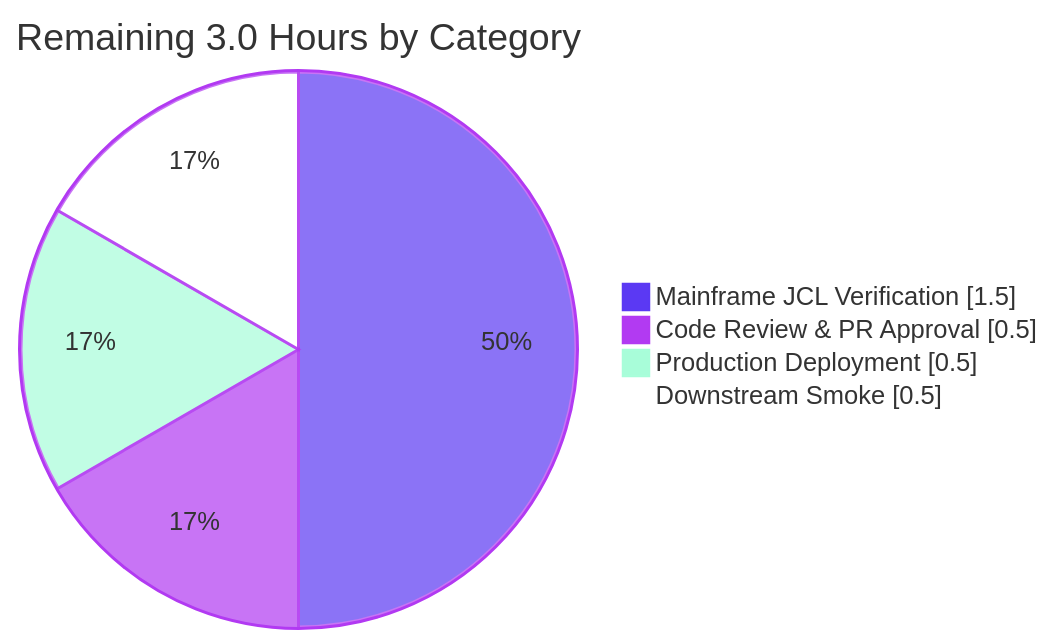
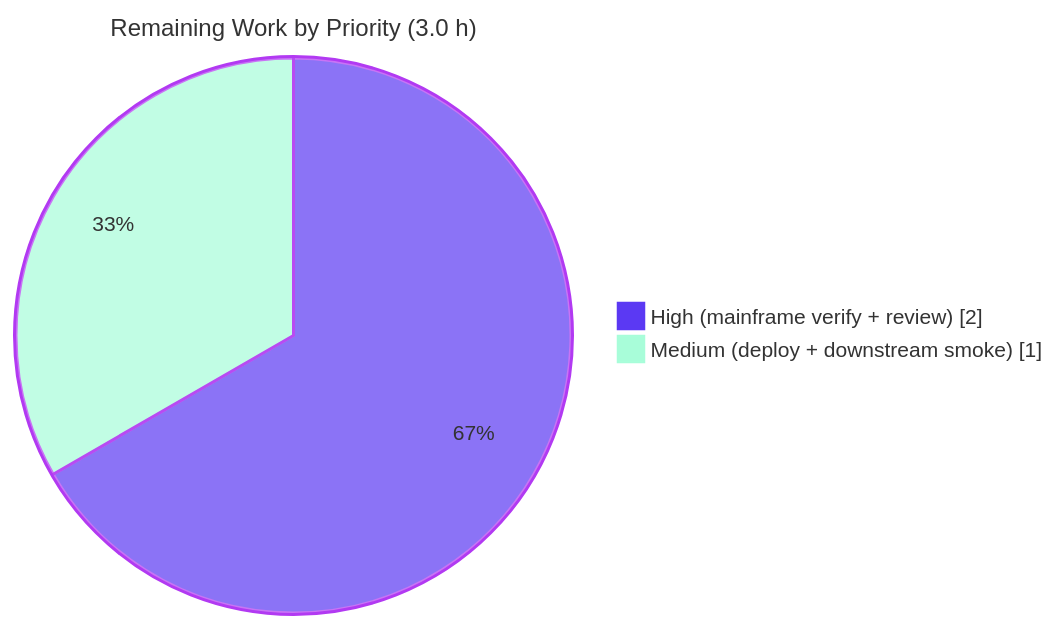
Before and after one commit to blitzy-public-samples/aws-carddemo-blitzy: the third of 3 diagrams in blitzy/documentation/Project Guide.md, drawn with Mermaid. The commit also changed other lines of this file, not shown here.

Commit message:
Adding Blitzy Project Guide: Project Status and Human Tasks Remaining

````diff
--- a/blitzy/documentation/Project Guide.md
+++ b/blitzy/documentation/Project Guide.md
@@ -251,9 +199,7 @@
 ```mermaid
-%%{init: {'theme':'base', 'themeVariables': {'pie1':'#5B39F3', 'pie2':'#B23AF2', 'pie3':'#A8FDD9', 'pie4':'#FFFFFF', 'pieStrokeColor':'#B23AF2', 'pieOuterStrokeColor':'#B23AF2'}}}%%
+%%{init: {'theme':'base', 'themeVariables': {'pie1':'#5B39F3', 'pie2':'#A8FDD9', 'pieStrokeColor':'#B23AF2', 'pieOuterStrokeColor':'#B23AF2', 'pieTitleTextSize':'16px', 'pieSectionTextSize':'14px', 'pieLegendTextSize':'14px'}}}%%
 pie showData
-    title Remaining 3.0 Hours by Category
-    "Mainframe JCL Verification" : 1.5
-    "Code Review & PR Approval" : 0.5
-    "Production Deployment" : 0.5
-    "Downstream Smoke" : 0.5
+    title Remaining Work by Priority (3.0 h)
+    "High (mainframe verify + review)" : 2.0
+    "Medium (deploy + downstream smoke)" : 1.0
 ```
````
